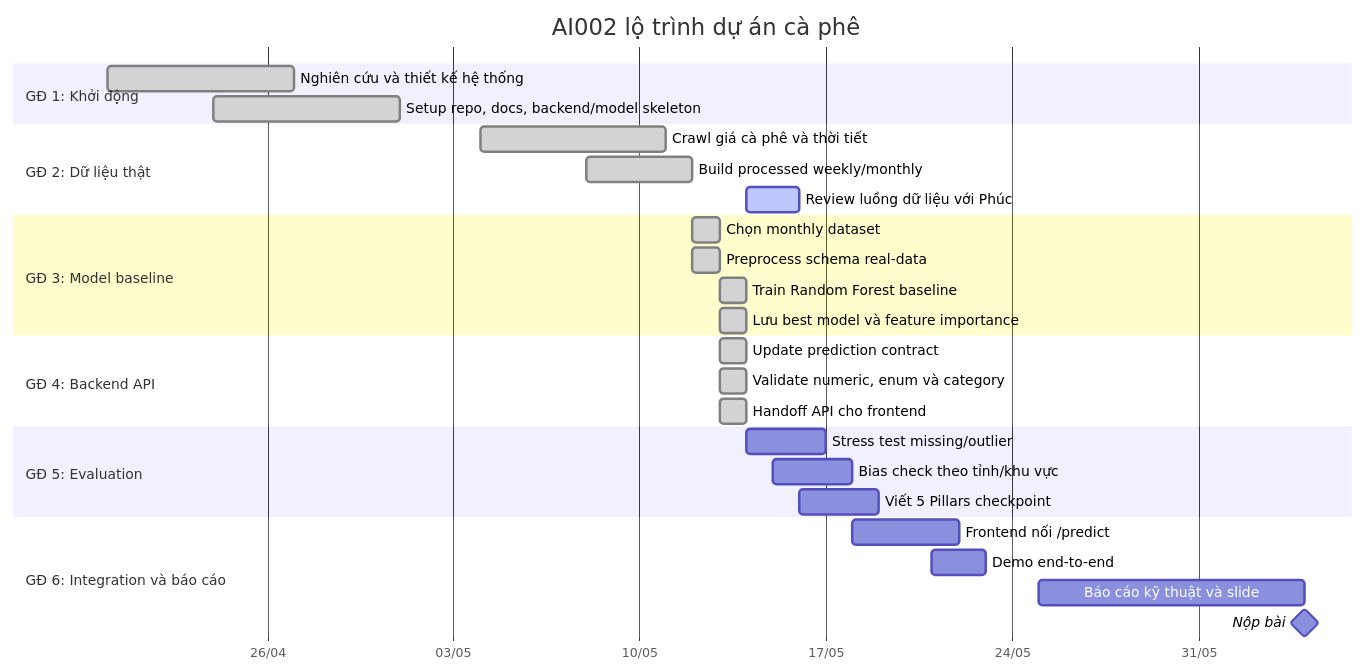
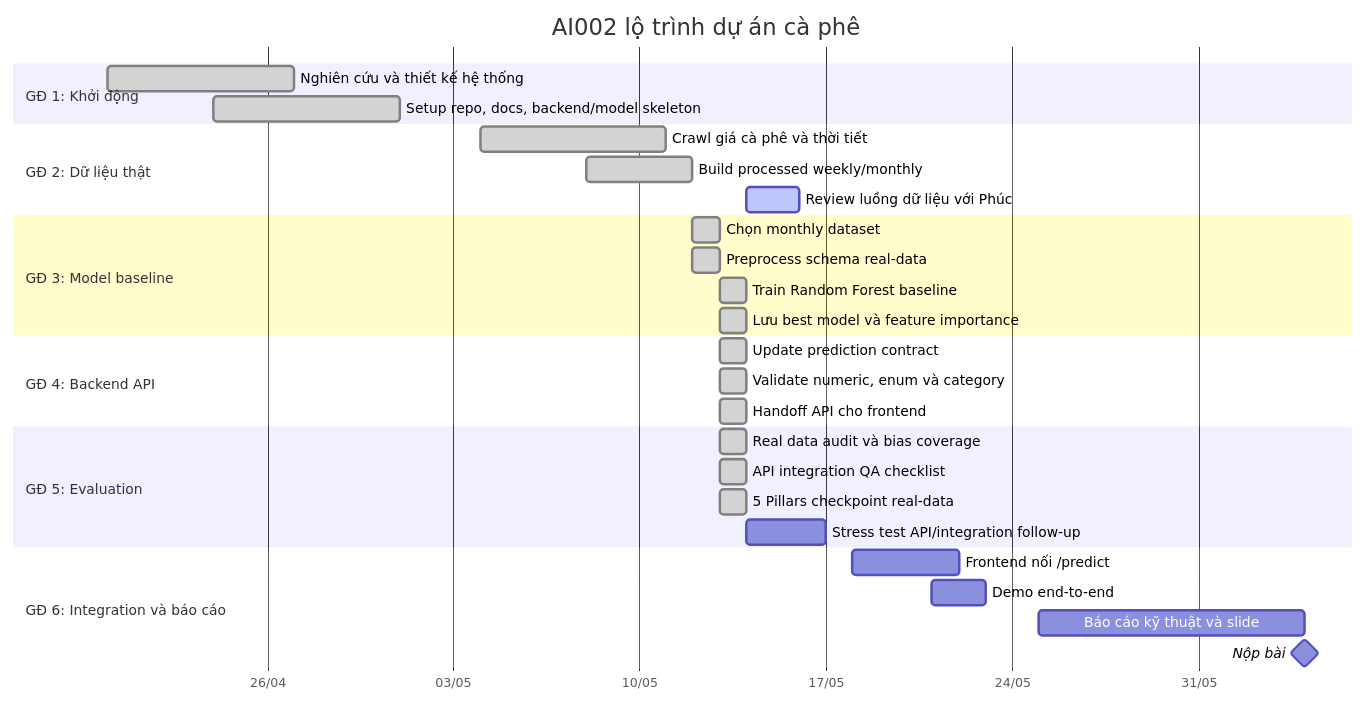
The third of 8 diagrams in docs/project-roadmap.md (uit-25730067-chithanh/AI002-Team22-DT10), drawn with Mermaid before and after one commit. The commit also changed other lines of this file and 3 other files, not shown here.

First line of the commit message:
docs: sync roadmap with Son evaluation pack

````diff
--- a/docs/project-roadmap.md
+++ b/docs/project-roadmap.md
@@ -60,38 +60,39 @@
 ```mermaid
 gantt
     title AI002 lộ trình dự án cà phê
     dateFormat  YYYY-MM-DD
     tickInterval 1w
     axisFormat  %d/%m
 
     section GĐ 1: Khởi động
     Nghiên cứu và thiết kế hệ thống          :done, a1, 2026-04-20, 7d
     Setup repo, docs, backend/model skeleton :done, a2, 2026-04-24, 7d
 
     section GĐ 2: Dữ liệu thật
     Crawl giá cà phê và thời tiết            :done, b1, 2026-05-04, 7d
     Build processed weekly/monthly           :done, b2, 2026-05-08, 4d
     Review luồng dữ liệu với Phúc            :active, b3, 2026-05-14, 2d
 
     section GĐ 3: Model baseline
     Chọn monthly dataset                     :done, c1, 2026-05-12, 1d
     Preprocess schema real-data              :done, c2, 2026-05-12, 1d
     Train Random Forest baseline             :done, c3, 2026-05-13, 1d
     Lưu best model và feature importance     :done, c4, 2026-05-13, 1d
 
     section GĐ 4: Backend API
     Update prediction contract               :done, d1, 2026-05-13, 1d
     Validate numeric, enum và category       :done, d2, 2026-05-13, 1d
     Handoff API cho frontend                 :done, d3, 2026-05-13, 1d
 
     section GĐ 5: Evaluation
-    Stress test missing/outlier              :e1, 2026-05-14, 3d
-    Bias check theo tỉnh/khu vực             :e2, 2026-05-15, 3d
-    Viết 5 Pillars checkpoint                :e3, 2026-05-16, 3d
+    Real data audit và bias coverage         :done, e0, 2026-05-13, 1d
+    API integration QA checklist             :done, e1, 2026-05-13, 1d
+    5 Pillars checkpoint real-data           :done, e2, 2026-05-13, 1d
+    Stress test API/integration follow-up    :e3, 2026-05-14, 3d
 
     section GĐ 6: Integration và báo cáo
     Frontend nối /predict                    :f1, 2026-05-18, 4d
     Demo end-to-end                          :f2, 2026-05-21, 2d
     Báo cáo kỹ thuật và slide                :f3, 2026-05-25, 10d
     Nộp bài                                  :milestone, f4, 2026-06-04, 0d
 ```
````
